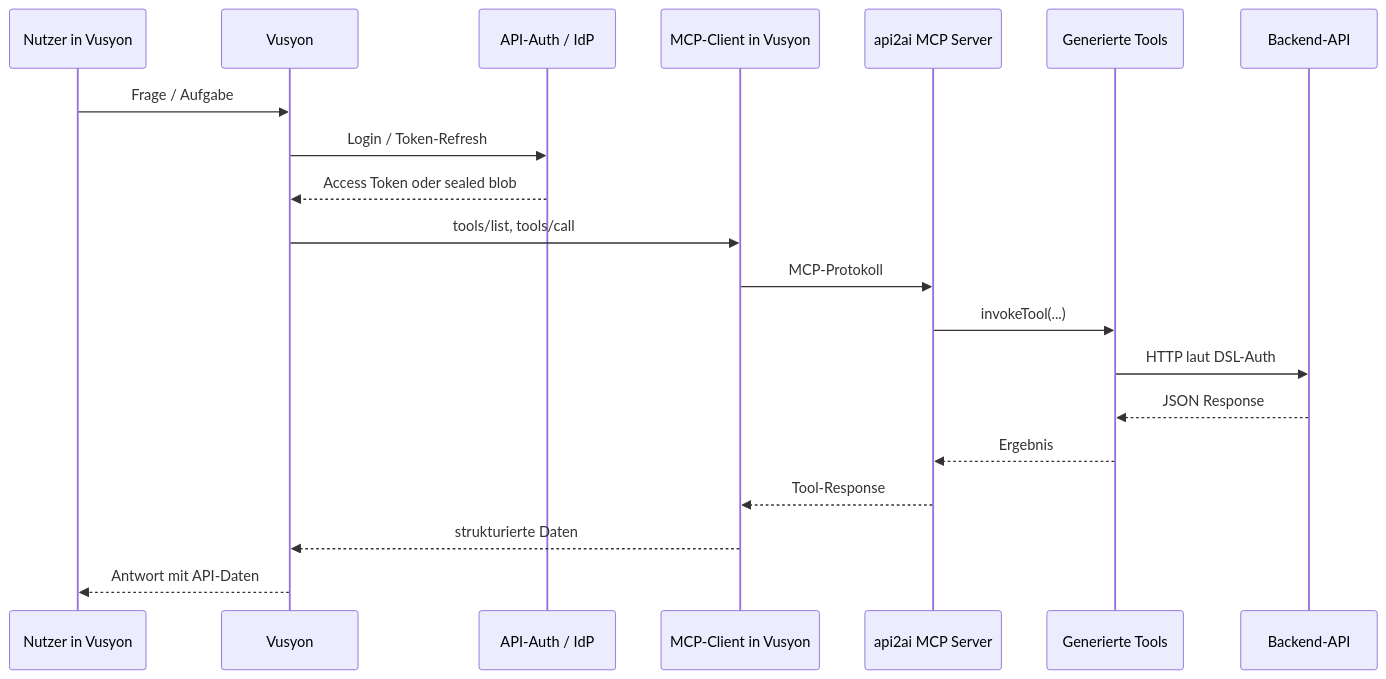
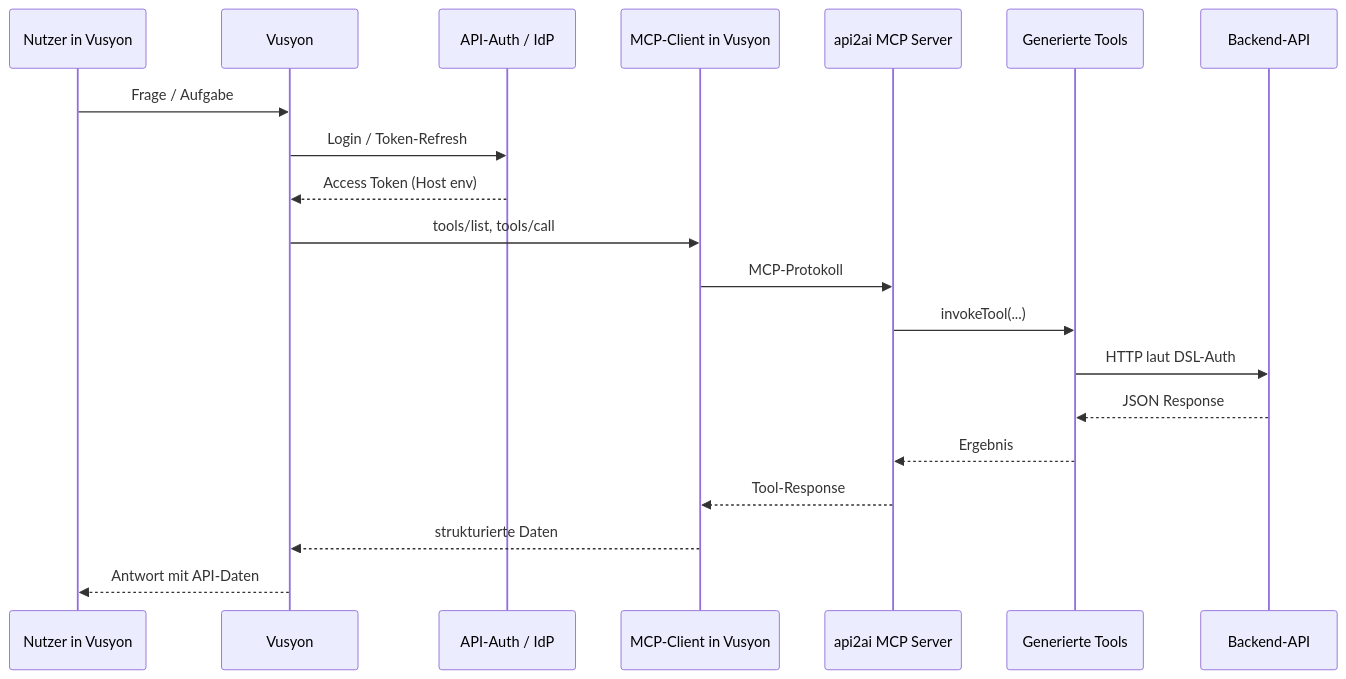
One commit to annettedorothea/api2ai changed the diagram in docs/images/03-vusyon-tools.mmd. Above: the diagram before and after it, drawn with Mermaid. The commit also changed 47 other files, not shown here.

```diff
--- a/docs/images/03-vusyon-tools.mmd
+++ b/docs/images/03-vusyon-tools.mmd
@@ -1,22 +1,22 @@
 sequenceDiagram
   participant User as Nutzer in Vusyon
   participant Vusyon as Vusyon
   participant Auth as API-Auth / IdP
   participant MCP as MCP-Client in Vusyon
   participant Srv as api2ai MCP Server
   participant Mod as Generierte Tools
   participant API as Backend-API
 
   User->>Vusyon: Frage / Aufgabe
   Vusyon->>Auth: Login / Token-Refresh
-  Auth-->>Vusyon: Access Token oder sealed blob
+  Auth-->>Vusyon: Access Token (Host env)
 
   Vusyon->>MCP: tools/list, tools/call
   MCP->>Srv: MCP-Protokoll
   Srv->>Mod: invokeTool(...)
   Mod->>API: HTTP laut DSL-Auth
   API-->>Mod: JSON Response
   Mod-->>Srv: Ergebnis
   Srv-->>MCP: Tool-Response
   MCP-->>Vusyon: strukturierte Daten
   Vusyon-->>User: Antwort mit API-Daten
```
